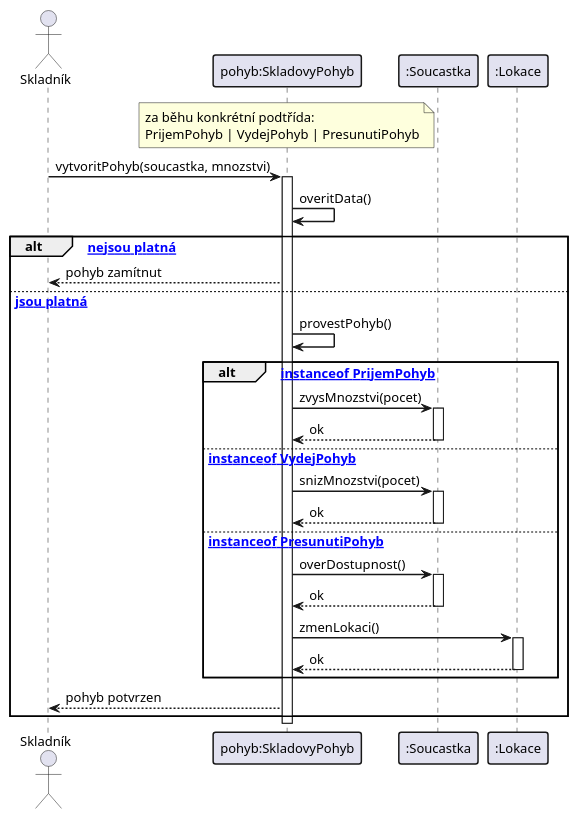
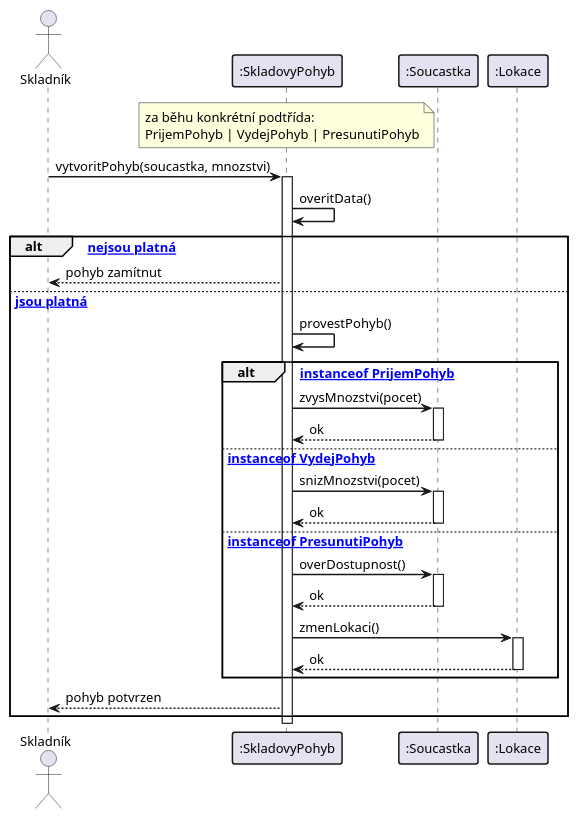
The diagram in diagrams/13_sequence_pohyb.puml (lkvapil/kOdevzdaniProjektWMS), drawn with PlantUML before and after one commit. The commit also changed 6 other files, not shown here.

Commit message:
fix: uprav diagramy a text - pojmy, parametry, scenare, stavove diagramy

```diff
--- a/diagrams/13_sequence_pohyb.puml
+++ b/diagrams/13_sequence_pohyb.puml
@@ -1,52 +1,52 @@
 @startuml
 skinparam defaultFontSize 13
 skinparam sequenceArrowThickness 1.5
 skinparam sequenceParticipantBorderThickness 1.5
 skinparam sequenceGroupBorderThickness 1.5
 
 actor "Skladník" as Uzivatel
-participant "pohyb:SkladovyPohyb" as Pohyb
+participant ":SkladovyPohyb" as Pohyb
 note over Pohyb : za běhu konkrétní podtřída:\nPrijemPohyb | VydejPohyb | PresunutiPohyb
 participant ":Soucastka" as Soucastka
 participant ":Lokace" as Lokace
 
 Uzivatel -> Pohyb : vytvoritPohyb(soucastka, mnozstvi)
 activate Pohyb
 
 Pohyb -> Pohyb : overitData()
 
 alt [data nejsou platná]
     Pohyb --> Uzivatel : pohyb zamítnut
 
 else [data jsou platná]
     Pohyb -> Pohyb : provestPohyb()
 
     alt [pohyb instanceof PrijemPohyb]
         Pohyb -> Soucastka : zvysMnozstvi(pocet)
         activate Soucastka
         Soucastka --> Pohyb : ok
         deactivate Soucastka
 
     else [pohyb instanceof VydejPohyb]
         Pohyb -> Soucastka : snizMnozstvi(pocet)
         activate Soucastka
         Soucastka --> Pohyb : ok
         deactivate Soucastka
 
     else [pohyb instanceof PresunutiPohyb]
         Pohyb -> Soucastka : overDostupnost()
         activate Soucastka
         Soucastka --> Pohyb : ok
         deactivate Soucastka
         Pohyb -> Lokace : zmenLokaci()
         activate Lokace
         Lokace --> Pohyb : ok
         deactivate Lokace
     end
 
     Pohyb --> Uzivatel : pohyb potvrzen
 end
 
 deactivate Pohyb
 
 @enduml
```
